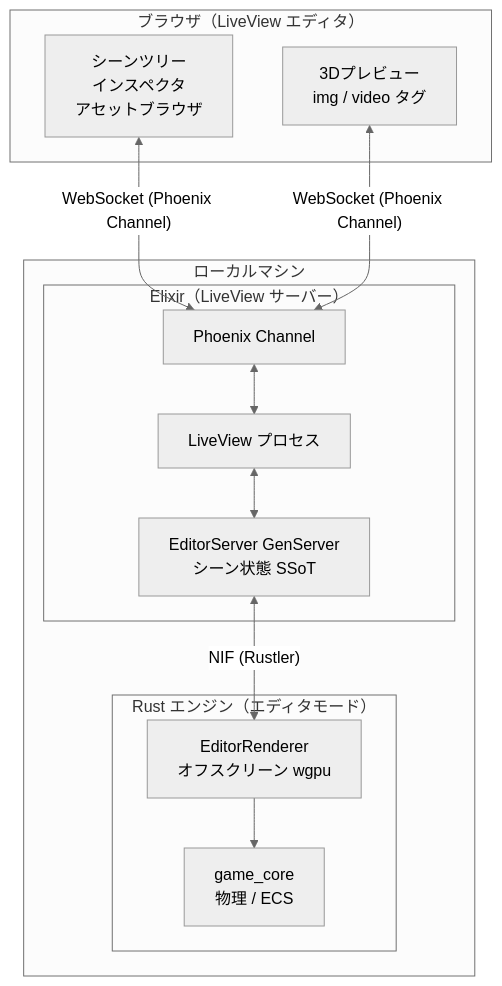
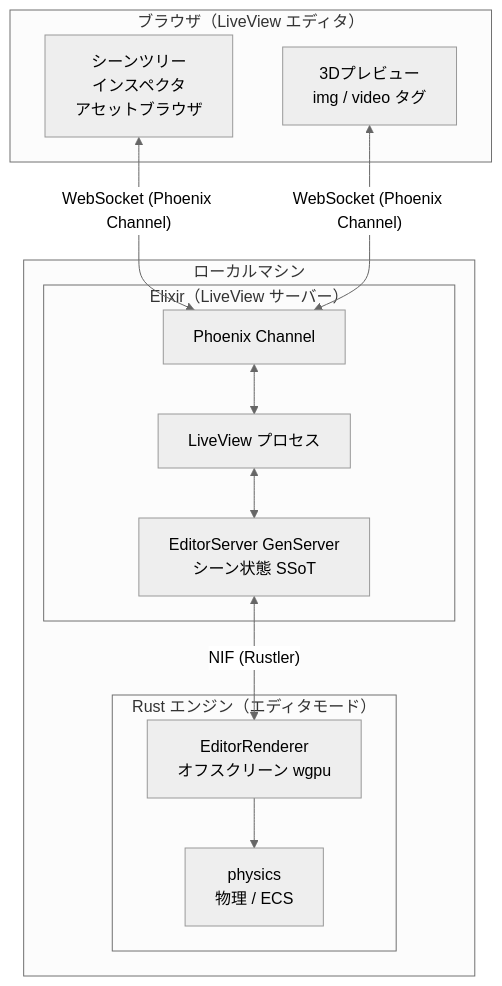
The first of 3 diagrams in docs/visual-editor-architecture.md (FRICK-ELDY/alchemy-engine), drawn with Mermaid (neutral theme) before and after one commit. The commit also changed other lines of this file and 76 other files, not shown here.

````diff
--- a/docs/visual-editor-architecture.md
+++ b/docs/visual-editor-architecture.md
@@ -19,27 +19,27 @@
 ```mermaid
 graph TB
     subgraph Browser["ブラウザ（LiveView エディタ）"]
         UI_TREE[シーンツリー<br/>インスペクタ<br/>アセットブラウザ]
         UI_PREVIEW[3Dプレビュー<br/>img / video タグ]
     end
 
     subgraph Local["ローカルマシン"]
         subgraph Elixir["Elixir（LiveView サーバー）"]
             LV[LiveView プロセス]
             CH[Phoenix Channel]
             ES[EditorServer GenServer<br/>シーン状態 SSoT]
         end
 
         subgraph Rust["Rust エンジン（エディタモード）"]
             ER[EditorRenderer<br/>オフスクリーン wgpu]
-            GC[game_core<br/>物理 / ECS]
+            GC[physics<br/>物理 / ECS]
         end
     end
 
     UI_TREE  <-->|"WebSocket (Phoenix Channel)"| CH
     UI_PREVIEW <-->|"WebSocket (Phoenix Channel)"| CH
     CH <--> LV
     LV <--> ES
     ES <-->|"NIF (Rustler)"| ER
     ER --> GC
 ```
````
